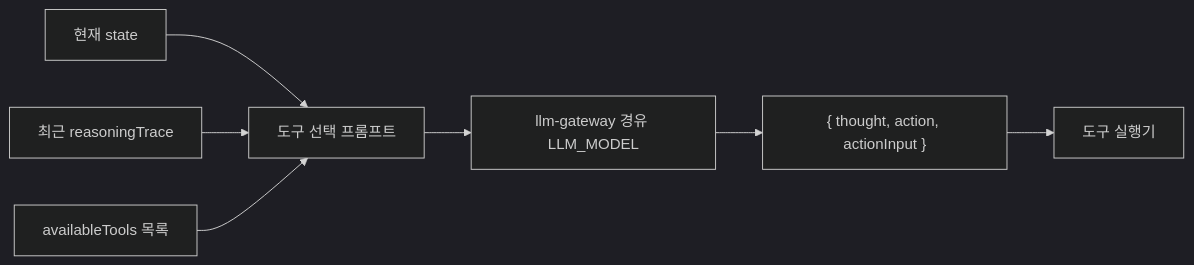
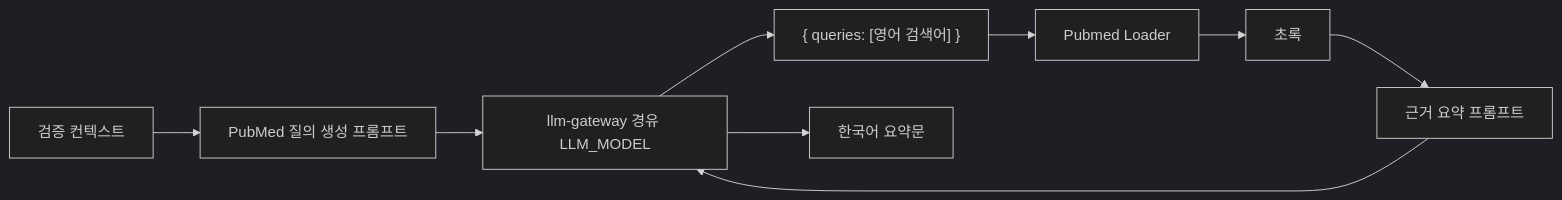
The sixth of 7 diagrams in Docs/04-ai-services-and-agents.md (kjbddo/bitcomputer-emr), drawn with Mermaid (dark theme) before and after one commit. The commit also changed other lines of this file and 3 other files, not shown here.

````diff
--- a/Docs/04-ai-services-and-agents.md
+++ b/Docs/04-ai-services-and-agents.md
@@ -156,9 +163,11 @@
 ```mermaid
 flowchart LR
-  State[현재 state] --> Prompt[도구 선택 프롬프트]
-  Trace[최근 reasoningTrace] --> Prompt
-  Tools[availableTools 목록] --> Prompt
-  Prompt --> Gateway[llm-gateway 경유 LLM_MODEL]
-  Gateway --> Decision["{ thought, action, actionInput }"]
-  Decision --> Executor[도구 실행기]
+  State[검증 컨텍스트] --> Q[PubMed 질의 생성 프롬프트]
+  Q --> Gateway[llm-gateway 경유 LLM_MODEL]
+  Gateway --> Queries["{ queries: [영어 검색어] }"]
+  Queries --> Loader[Pubmed Loader]
+  Loader --> Articles[초록]
+  Articles --> Sum[근거 요약 프롬프트]
+  Sum --> Gateway
+  Gateway --> Summary[한국어 요약문]
 ```
````
